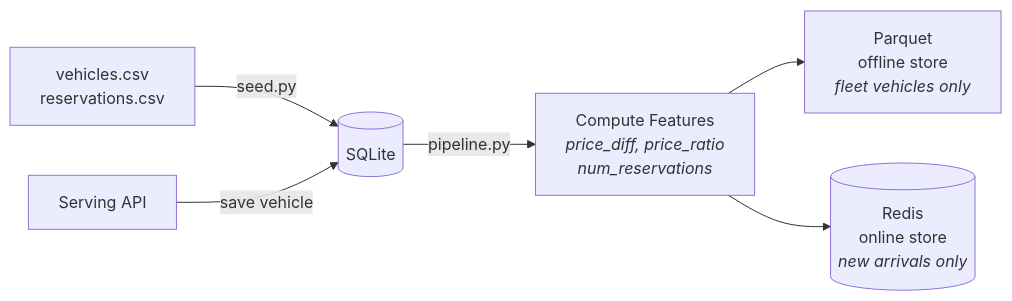
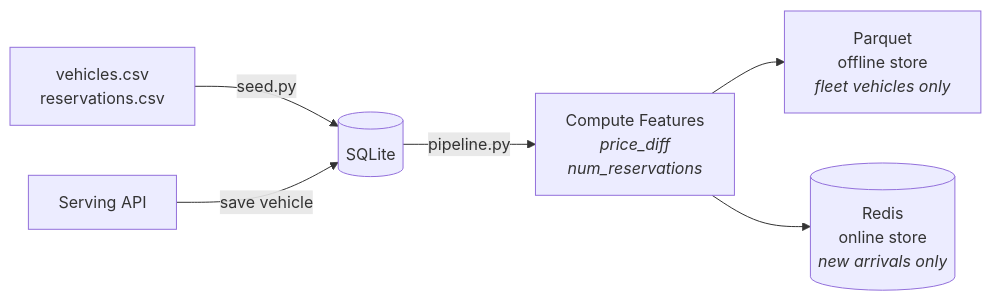
One commit to pierreWagou/vroom-forecast changed the second of 2 diagrams in airflow/README.md. Above: the diagram before and after it, drawn with Mermaid. The commit also changed other lines of this file and 22 other files, not shown here.

````diff
--- a/airflow/README.md
+++ b/airflow/README.md
@@ -39,8 +39,8 @@
 ```mermaid
 graph LR
     CSV[vehicles.csv<br/>reservations.csv] -->|seed.py| DB[(SQLite)]
     UI[Serving API] -->|save vehicle| DB
-    DB -->|pipeline.py| COMPUTE[Compute Features<br/><i>price_diff, price_ratio<br/>num_reservations</i>]
+    DB -->|pipeline.py| COMPUTE[Compute Features<br/><i>price_diff<br/>num_reservations</i>]
     COMPUTE --> PQ[Parquet<br/>offline store<br/><i>fleet vehicles only</i>]
     COMPUTE --> RD[(Redis<br/>online store<br/><i>new arrivals only</i>)]
 ```
````
